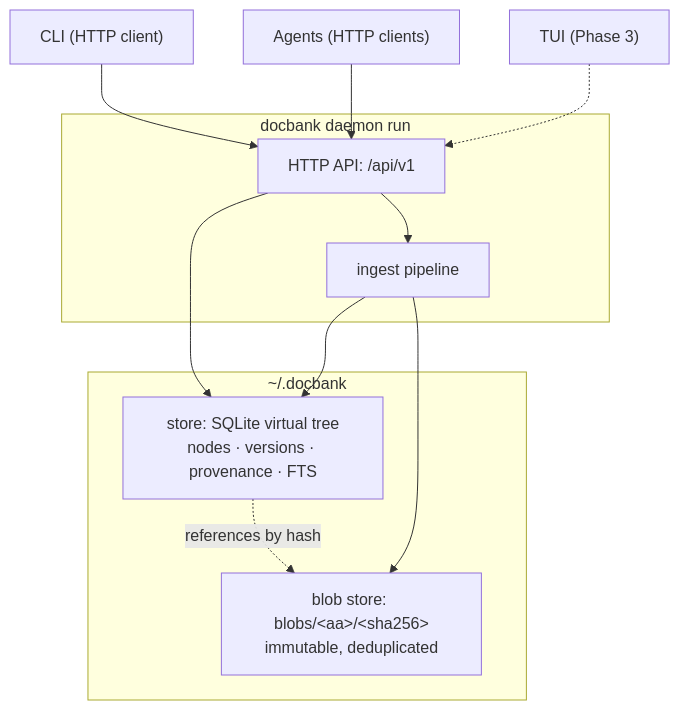
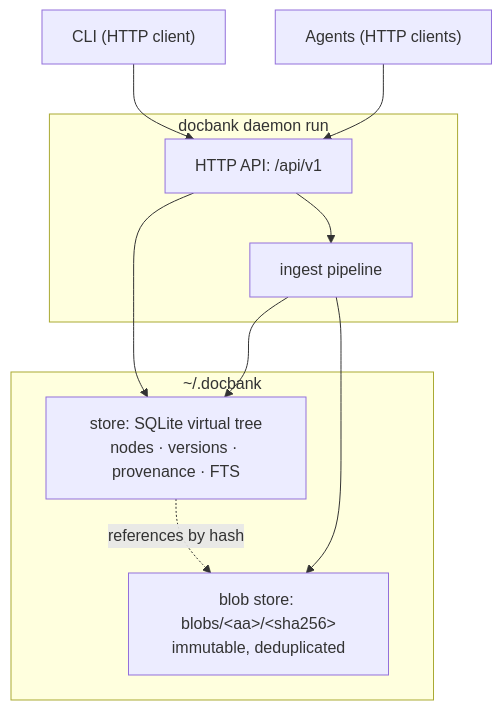
Before and after one commit to kenn-io/docbank: the diagram in docs/architecture/overview.md, drawn with Mermaid. The commit also changed other lines of this file and 18 other files, not shown here.

First line of the commit message:
Preserve architecture decisions as maintained records

````diff
--- a/docs/architecture/overview.md
+++ b/docs/architecture/overview.md
@@ -15,22 +15,20 @@
 ```mermaid
 flowchart TD
     CLI["CLI (HTTP client)"]
     AGENTS["Agents (HTTP clients)"]
-    TUI["TUI (Phase 3)"]
     subgraph daemon ["docbank daemon run"]
         API["HTTP API: /api/v1"]
         INGEST["ingest pipeline"]
     end
     subgraph vault ["~/.docbank"]
         STORE["store: SQLite virtual tree<br/>nodes · versions · provenance · FTS"]
         BLOBS["blob store: blobs/&lt;aa&gt;/&lt;sha256&gt;<br/>immutable, deduplicated"]
     end
     CLI --> API
     AGENTS --> API
-    TUI -.-> API
     API --> STORE
     API --> INGEST
     INGEST --> STORE
     INGEST --> BLOBS
     STORE -. "references by hash" .-> BLOBS
 ```
````
